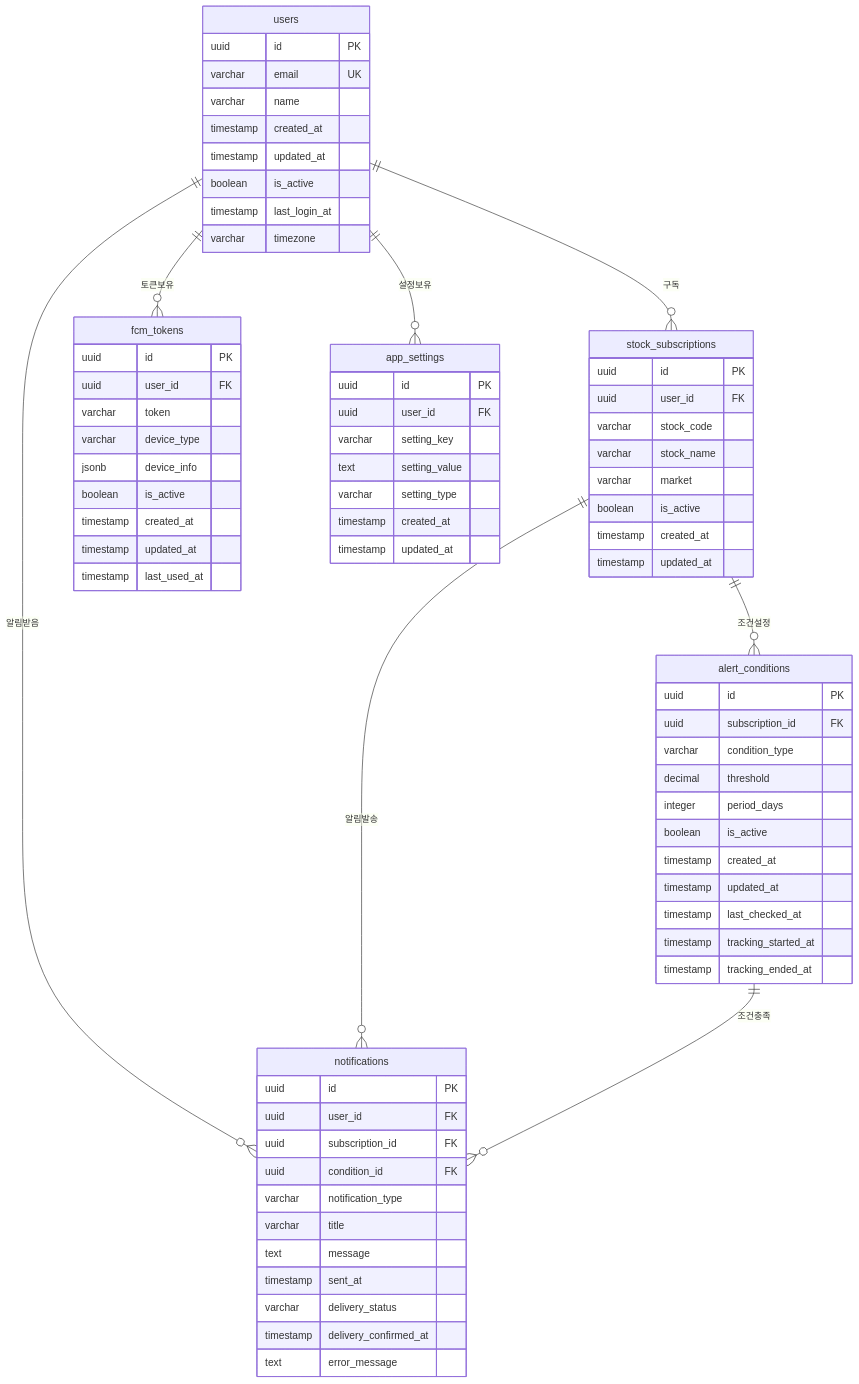
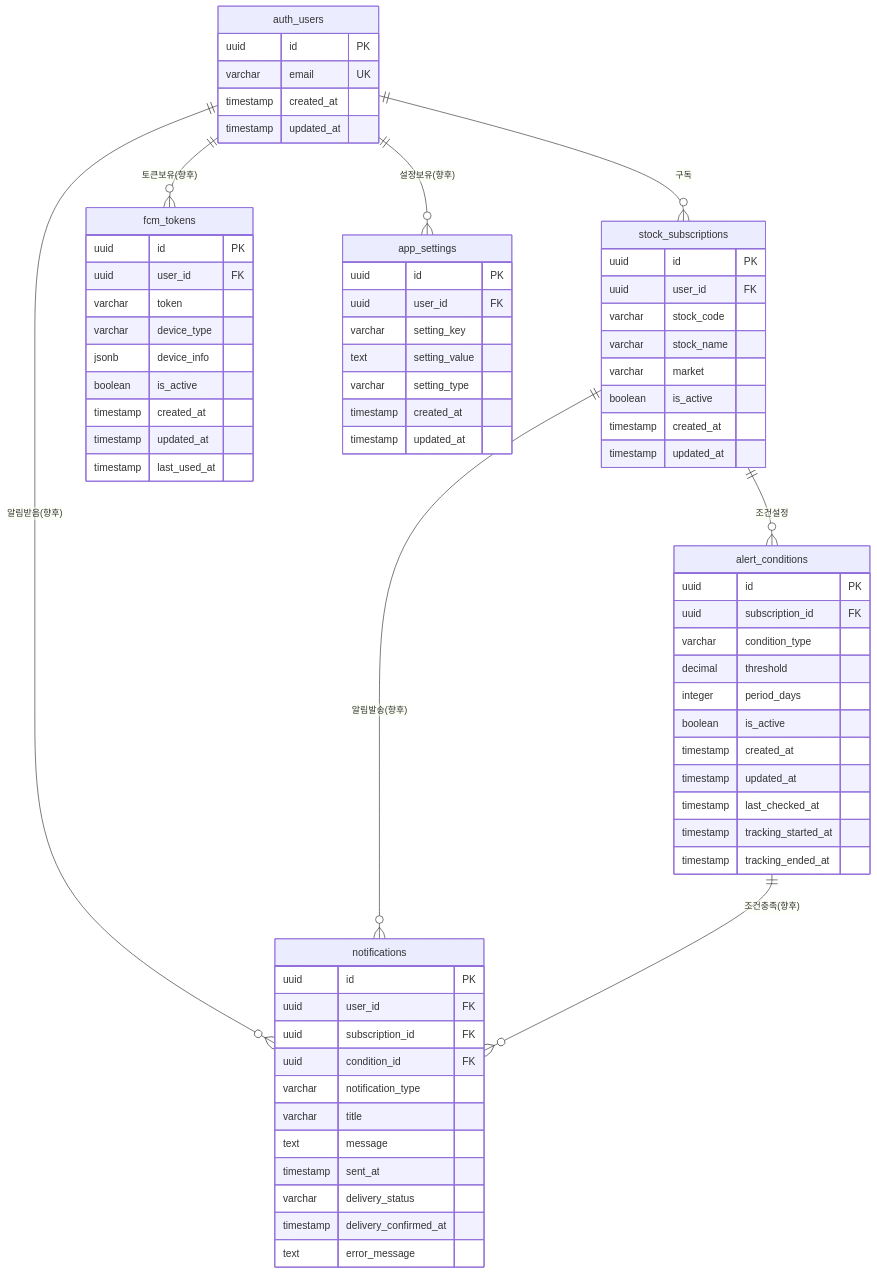
Before and after one commit to wnltns/stock-alert: the diagram in docs/database-schema.md, drawn with Mermaid. The commit also changed other lines of this file and 21 other files, not shown here.

````diff
--- a/docs/database-schema.md
+++ b/docs/database-schema.md
@@ -208,25 +198,20 @@
 ```mermaid
 erDiagram
-    users ||--o{ stock_subscriptions : "구독"
-    users ||--o{ notifications : "알림받음"
-    users ||--o{ fcm_tokens : "토큰보유"
-    users ||--o{ app_settings : "설정보유"
+    auth_users ||--o{ stock_subscriptions : "구독"
+    auth_users ||--o{ notifications : "알림받음(향후)"
+    auth_users ||--o{ fcm_tokens : "토큰보유(향후)"
+    auth_users ||--o{ app_settings : "설정보유(향후)"
     
     stock_subscriptions ||--o{ alert_conditions : "조건설정"
-    stock_subscriptions ||--o{ notifications : "알림발송"
+    stock_subscriptions ||--o{ notifications : "알림발송(향후)"
     
-    alert_conditions ||--o{ notifications : "조건충족"
+    alert_conditions ||--o{ notifications : "조건충족(향후)"
     
-    
-    users {
+    auth_users {
         uuid id PK
         varchar email UK
-        varchar name
         timestamp created_at
         timestamp updated_at
-        boolean is_active
-        timestamp last_login_at
-        varchar timezone
     }
     
     stock_subscriptions {
@@ -253,7 +238,6 @@
         timestamp tracking_started_at
         timestamp tracking_ended_at
     }
-    
     
     notifications {
         uuid id PK
````
